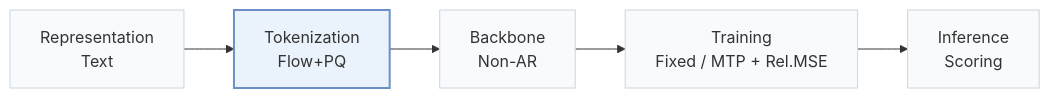
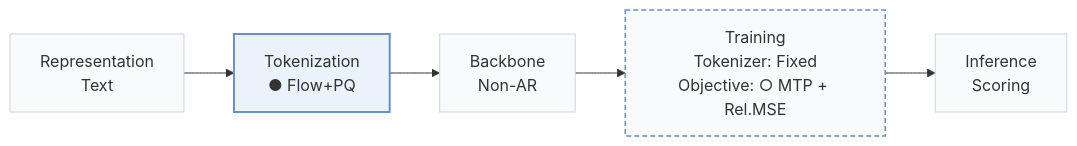
One commit to Galaxy-ghost/Awesome-SID-Generative-Rec changed the first of 2 diagrams in pages/papers/tlow.md. Above: the diagram before and after it, drawn with Mermaid. The commit also changed other lines of this file and 558 other files, not shown here.

````diff
--- a/pages/papers/tlow.md
+++ b/pages/papers/tlow.md
@@ -15,8 +19,10 @@
 ```mermaid
 flowchart LR
-    R["Representation<br/>Text"] --> T["Tokenization<br/>Flow+PQ"] --> B["Backbone<br/>Non-AR"] --> TR["Training<br/>Fixed / MTP + Rel.MSE"] --> I["Inference<br/>Scoring"]
+    R["Representation<br/>Text"] --> T["Tokenization<br/>● Flow+PQ"] --> B["Backbone<br/>Non-AR"] --> TR["Training<br/>Tokenizer: Fixed<br/>Objective: ○ MTP + Rel.MSE"] --> I["Inference<br/>Scoring"]
     classDef base fill:#f8fafc,stroke:#cbd5e1
     class R,T,B,TR,I base
+    classDef other fill:#f8fafc,stroke:#6b8fc7,stroke-width:1.5px,stroke-dasharray:5 3
+    class TR other
     classDef main fill:#eaf2fb,stroke:#6b8fc7,stroke-width:2px
     class T main
 ```
````
